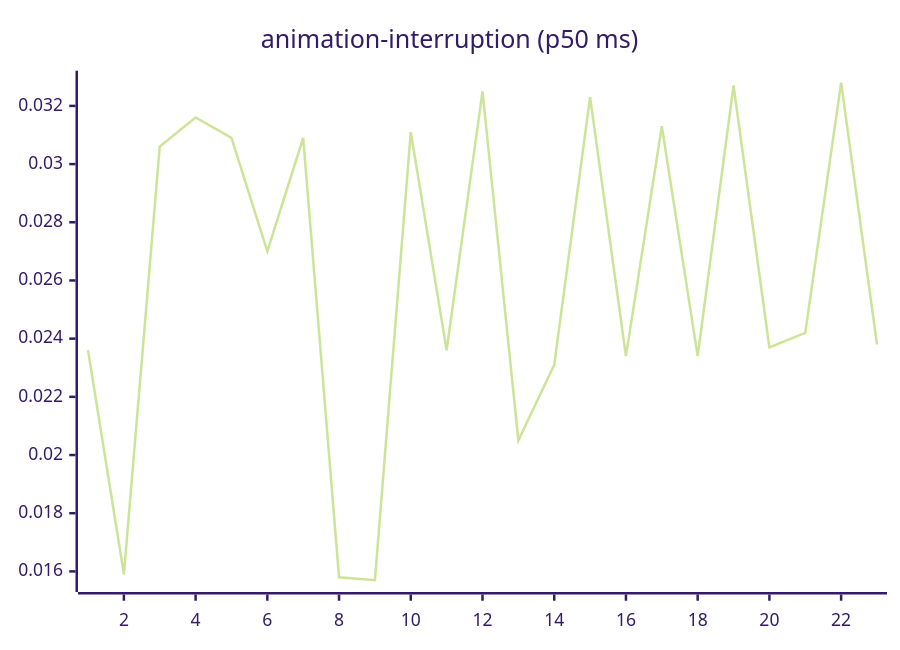
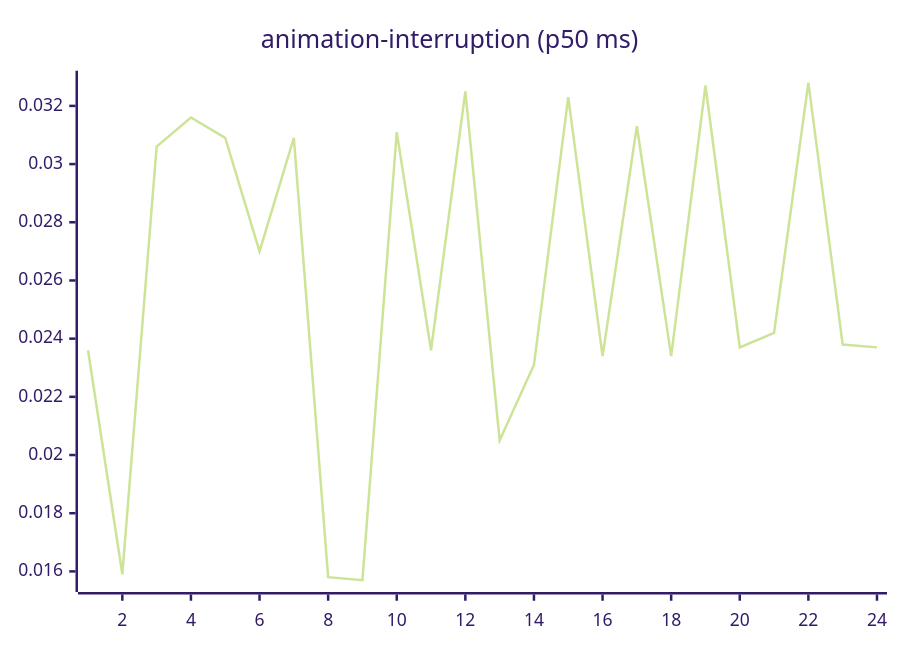
The third of 27 diagrams in README.md (josha/Facet), drawn with Mermaid (forest theme) before and after one commit. The commit also changed other lines of this file and 2 other files, not shown here.

````diff
--- a/README.md
+++ b/README.md
@@ -77,6 +77,6 @@
 ```mermaid
 xychart-beta
     title "animation-interruption (p50 ms)"
-    x-axis 1 --> 23
-    line [0.0236, 0.0159, 0.0306, 0.0316, 0.0309, 0.0270, 0.0309, 0.0158, 0.0157, 0.0311, 0.0236, 0.0325, 0.0205, 0.0231, 0.0323, 0.0234, 0.0313, 0.0234, 0.0327, 0.0237, 0.0242, 0.0328, 0.0238]
+    x-axis 1 --> 24
+    line [0.0236, 0.0159, 0.0306, 0.0316, 0.0309, 0.0270, 0.0309, 0.0158, 0.0157, 0.0311, 0.0236, 0.0325, 0.0205, 0.0231, 0.0323, 0.0234, 0.0313, 0.0234, 0.0327, 0.0237, 0.0242, 0.0328, 0.0238, 0.0237]
 ```
````
